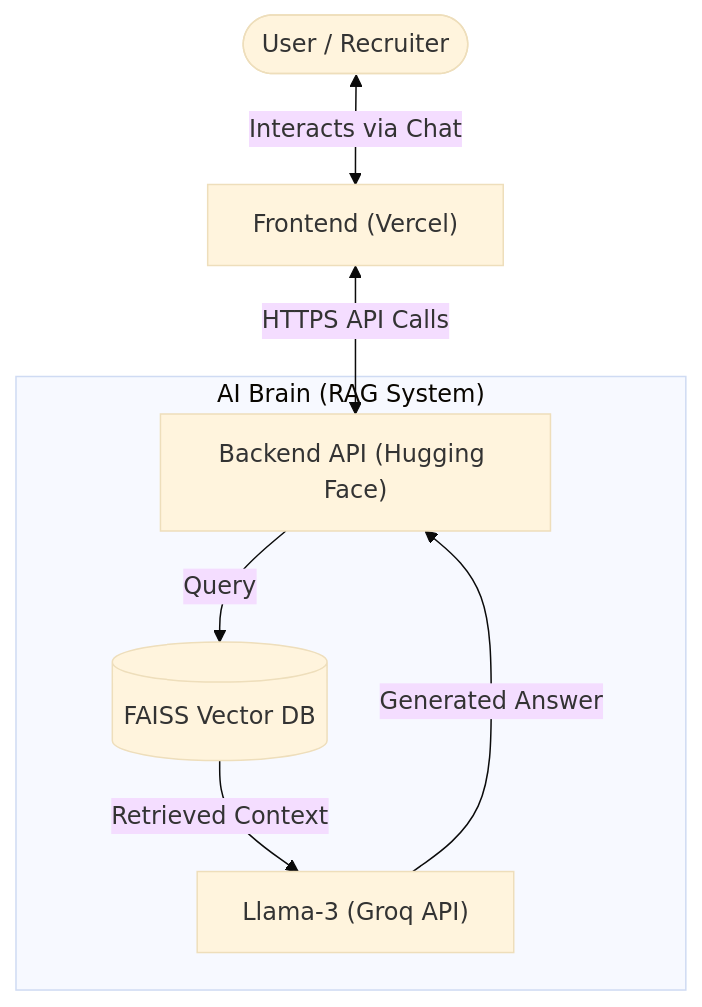
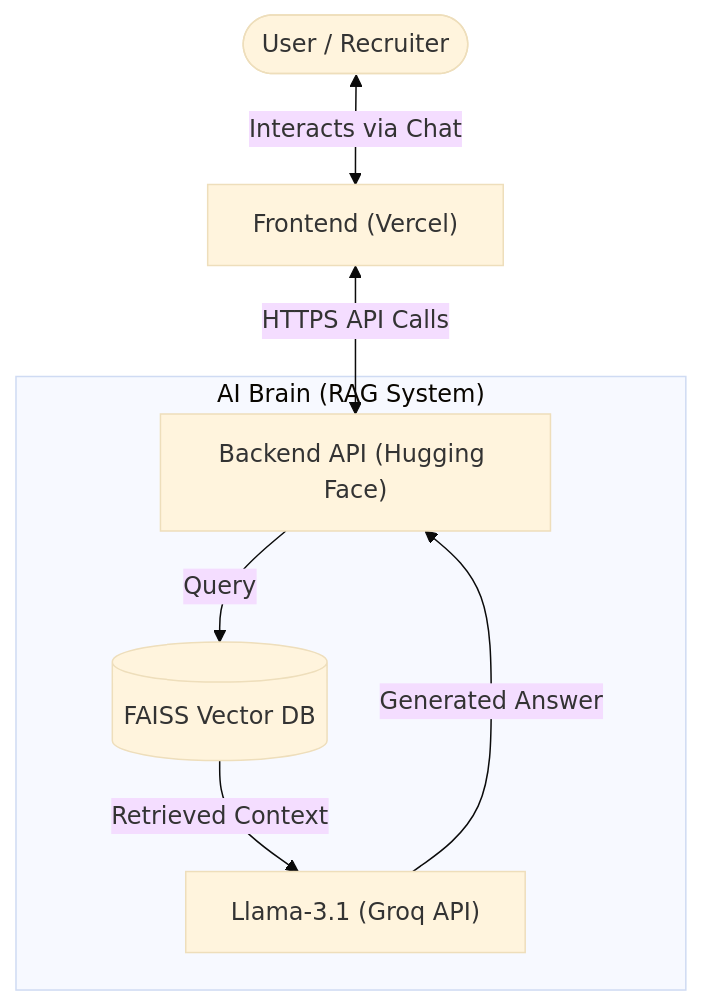
One commit to YeshwanthDandu180903/yeshwanth-portfolio changed the diagram in README.md. Above: the diagram before and after it, drawn with Mermaid (base theme).

Commit message:
Update LLM version in architecture diagram

````diff
--- a/README.md
+++ b/README.md
@@ -32,11 +32,11 @@
 ```mermaid
 graph TD
     User(["User / Recruiter"]) <-->|Interacts via Chat| Frontend["Frontend (Vercel)"]
     Frontend <-->|HTTPS API Calls| Backend["Backend API (Hugging Face)"]
     
     subgraph "AI Brain (RAG System)"
         Backend -->|Query| VectorDB[("FAISS Vector DB")]
-        VectorDB -->|Retrieved Context| LLM["Llama-3 (Groq API)"]
+        VectorDB -->|Retrieved Context| LLM["Llama-3.1 (Groq API)"]
         LLM -->|Generated Answer| Backend
     end
 ```
````
